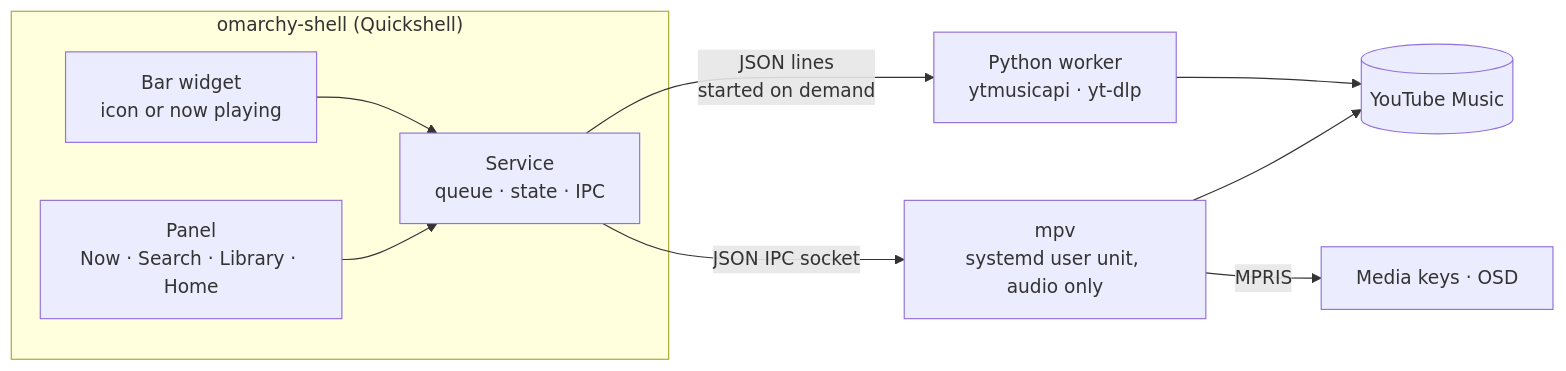
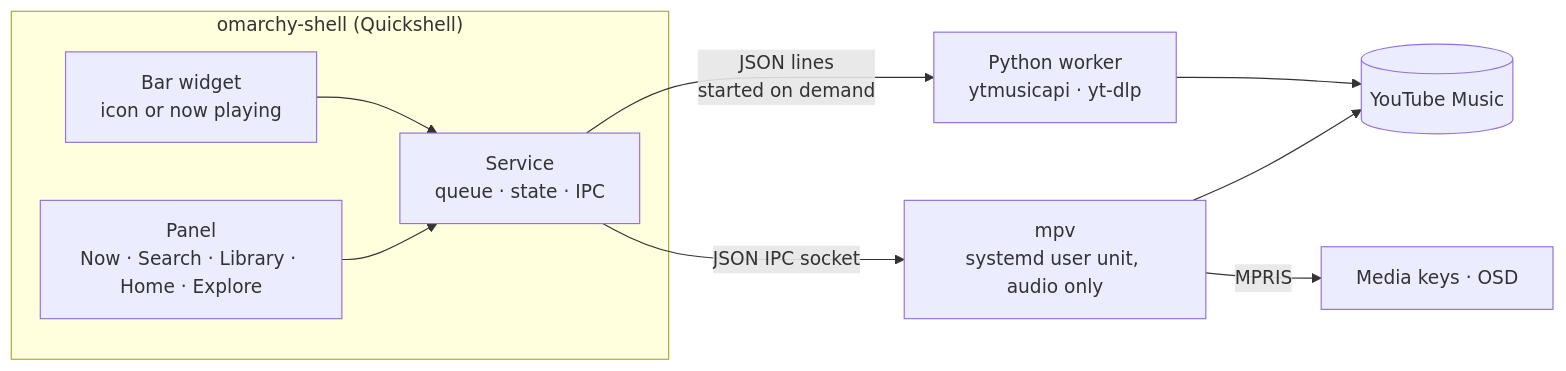
One commit to InsightfulAnalytics/omarchy_ytmusic changed the diagram in README.md. Above: the diagram before and after it, drawn with Mermaid. The commit also changed other lines of this file and 17 other files, not shown here.

First line of the commit message:
Explore: new releases, charts, moods and genres, trending

````diff
--- a/README.md
+++ b/README.md
@@ -126,15 +127,15 @@
 ```mermaid
 flowchart LR
     subgraph shell["omarchy-shell (Quickshell)"]
         bar["Bar widget<br/>icon or now playing"]
-        panel["Panel<br/>Now · Search · Library · Home"]
+        panel["Panel<br/>Now · Search · Library · Home · Explore"]
         svc["Service<br/>queue · state · IPC"]
         bar --> svc
         panel --> svc
     end
     svc -- "JSON lines<br/>started on demand" --> worker["Python worker<br/>ytmusicapi · yt-dlp"]
     svc -- "JSON IPC socket" --> mpv["mpv<br/>systemd user unit, audio only"]
     worker --> yt[("YouTube Music")]
     mpv --> yt
     mpv -- "MPRIS" --> keys["Media keys · OSD"]
 ```
````
